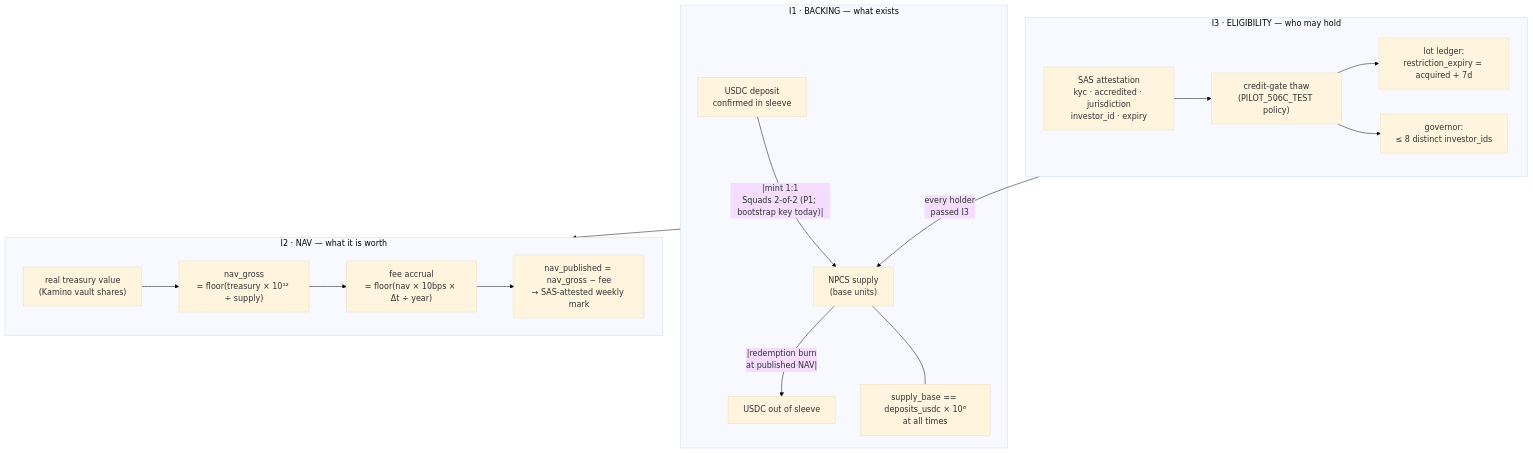
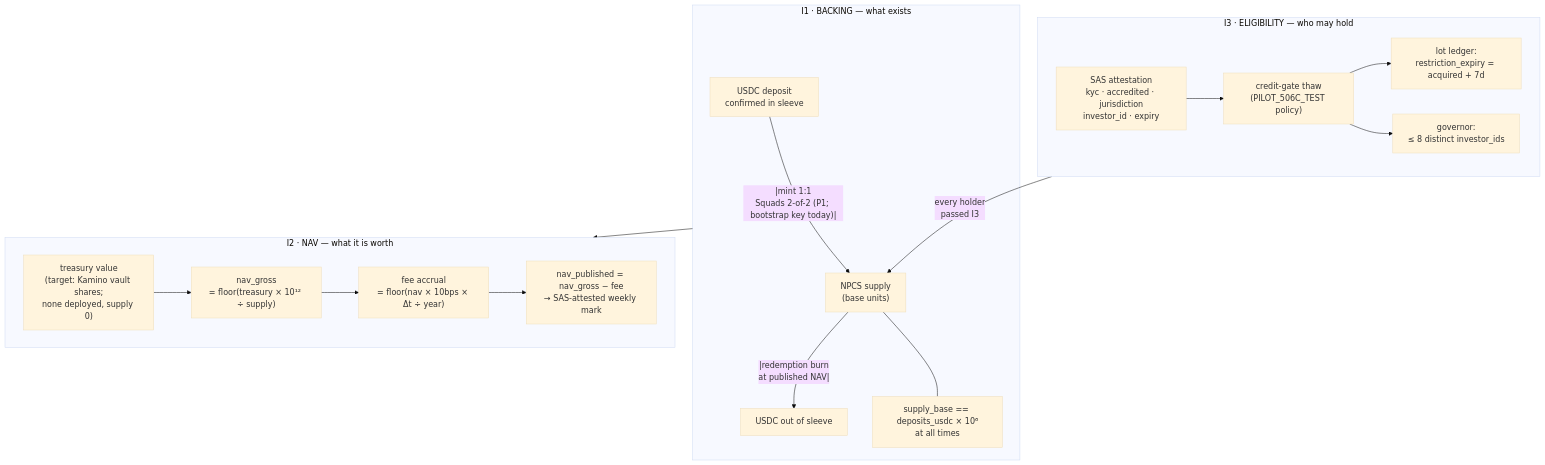
Before and after one commit to Srizdebnath/nundina: the first of 2 diagrams in token/TOKENOMICS.md, drawn with Mermaid (base theme). The commit also changed 13 other files, not shown here.

First line of the commit message:
docs: as-built vs roadmap grading; NPCS TARGET-STATE markers; dated Squads schedule (#120 #121 #123 #124 #126 #128 #129)

````diff
--- a/token/TOKENOMICS.md
+++ b/token/TOKENOMICS.md
@@ -26,23 +26,23 @@
 ```mermaid
 flowchart TB
     subgraph I1["I1 · BACKING — what exists"]
         A["USDC deposit<br/>confirmed in sleeve"] -->|"|mint 1:1<br/>Squads 2-of-2 (P1; bootstrap key today)|"| S["NPCS supply<br/>(base units)"]
         S -->|"|redemption burn<br/>at published NAV|"| R["USDC out of sleeve"]
         S --- N1["supply_base == deposits_usdc × 10⁶<br/>at all times"]
     end
 
     subgraph I2["I2 · NAV — what it is worth"]
-        T["real treasury value<br/>(Kamino vault shares)"] --> G["nav_gross<br/>= floor(treasury × 10¹² ÷ supply)"]
+        T["treasury value<br/>(target: Kamino vault shares;<br/>none deployed, supply 0)"] --> G["nav_gross<br/>= floor(treasury × 10¹² ÷ supply)"]
         G --> F["fee accrual<br/>= floor(nav × 10bps × Δt ÷ year)"]
         F --> P["nav_published = nav_gross − fee<br/>→ SAS-attested weekly mark"]
     end
 
     subgraph I3["I3 · ELIGIBILITY — who may hold"]
         ATT["SAS attestation<br/>kyc · accredited · jurisdiction<br/>investor_id · expiry"] --> GATE["credit-gate thaw<br/>(PILOT_506C_TEST policy)"]
         GATE --> LOTS["lot ledger:<br/>restriction_expiry = acquired + 7d"]
         GATE --> CAP["governor:<br/>≤ 8 distinct investor_ids"]
     end
 
     I1 --> I2
     I3 -->|"every holder<br/>passed I3"| S
 ```
````
